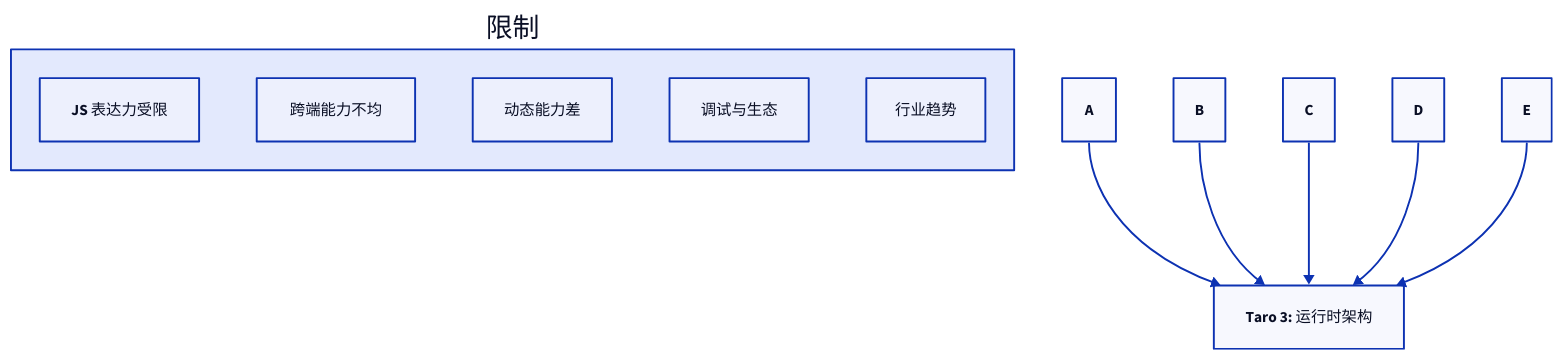
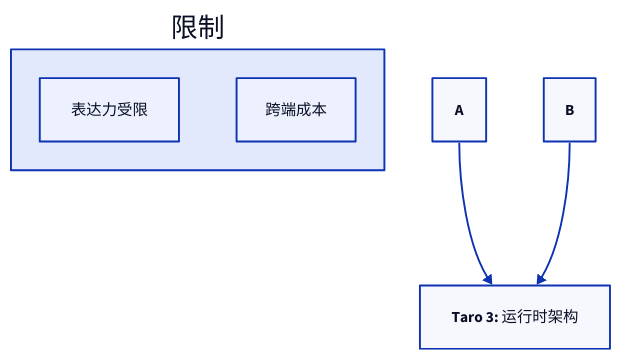
The third of 16 diagrams in apps/docs/experiences/微信小程序/Taro 原理与实践.md (youngluo/thinking), drawn with D2 before and after one commit. The commit also changed other lines of this file and 1 other file, not shown here.

````diff
--- a/apps/docs/experiences/微信小程序/Taro 原理与实践.md
+++ b/apps/docs/experiences/微信小程序/Taro 原理与实践.md
@@ -167,23 +170,15 @@
 ```d2
 direction: down
 
 drivers: 限制 {
   class: group
 
-  A: JS 表达力受限
-  B: 跨端能力不均
-  C: 动态能力差
-  D: 调试与生态
-  E: 行业趋势
+  A: 表达力受限
+  B: 跨端成本
 }
-
-result: 推论
 
 A -> result
 B -> result
-C -> result
-D -> result
-E -> result
 
 result: Taro 3: 运行时架构
 ```
````
